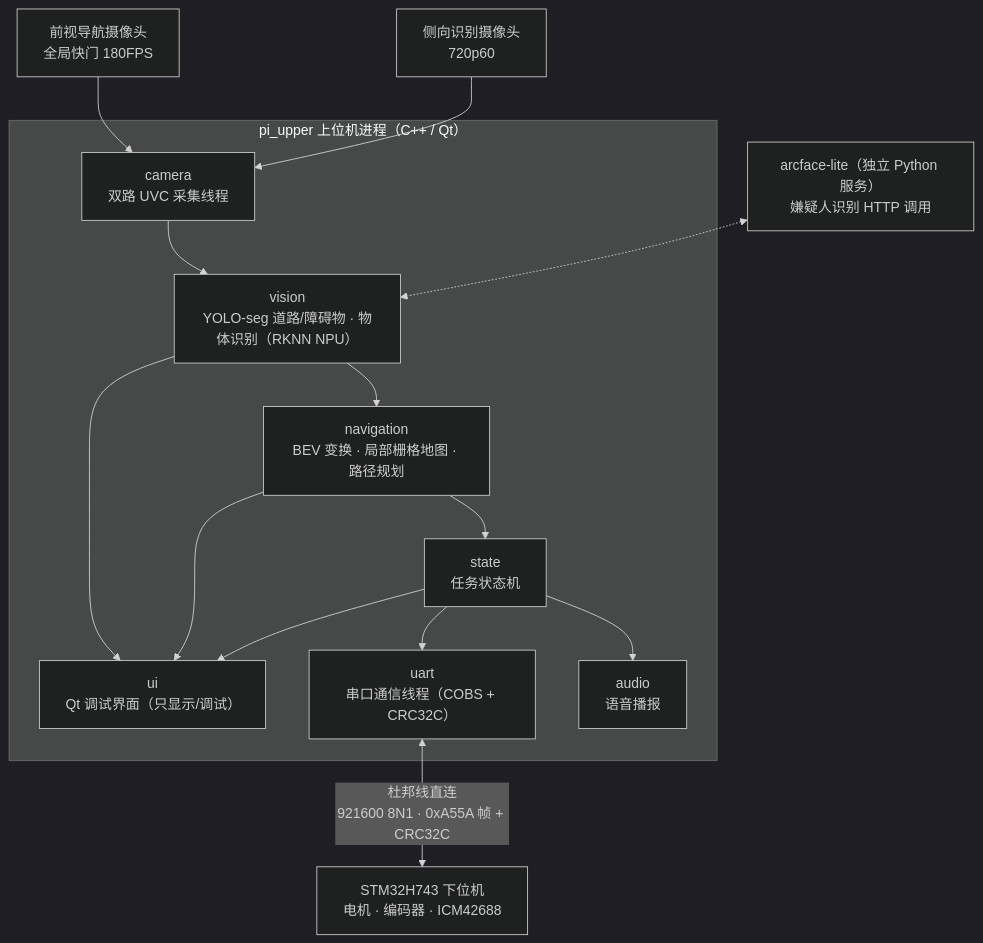
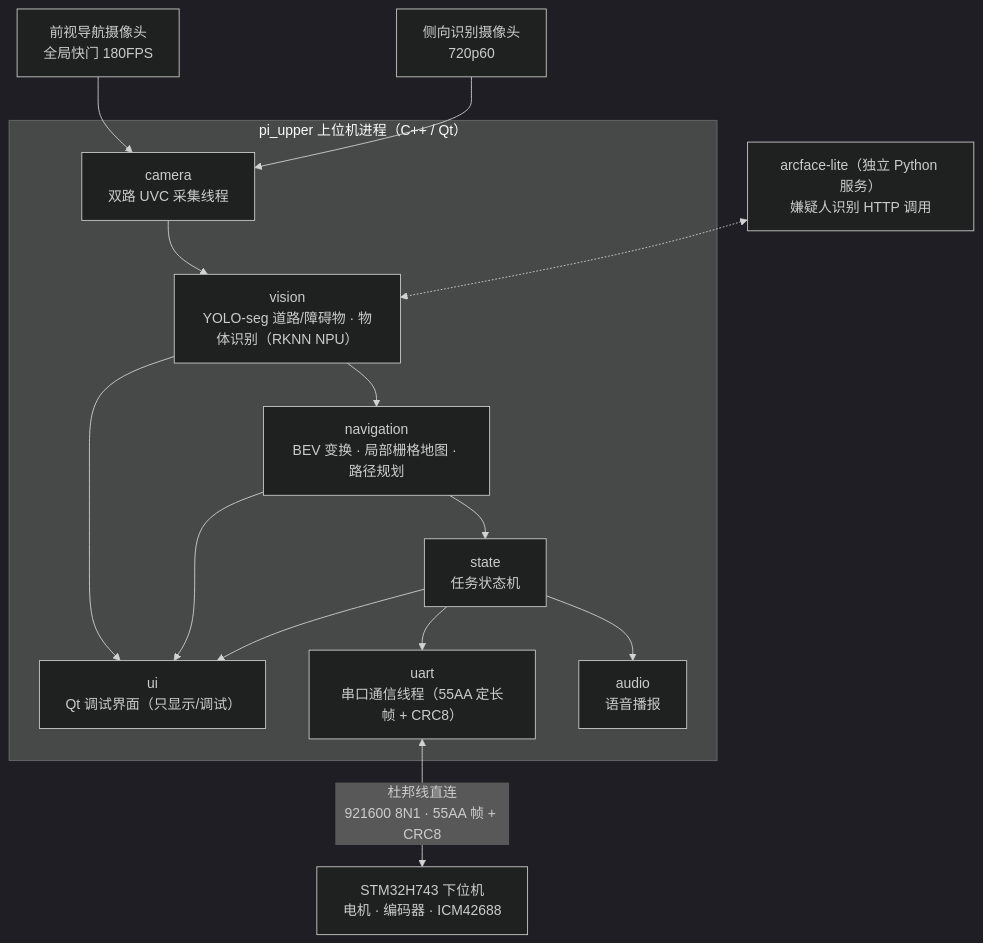
The diagram in docs/architecture/overview.md (Louis-24000614/pi_upper), drawn with Mermaid (dark theme) before and after one commit. The commit also changed other lines of this file and 27 other files, not shown here.

````diff
--- a/docs/architecture/overview.md
+++ b/docs/architecture/overview.md
@@ -23,24 +23,24 @@
 ```mermaid
 flowchart TB
   subgraph app["pi_upper 上位机进程（C++ / Qt）"]
     ui["ui<br/>Qt 调试界面（只显示/调试）"]
     cam["camera<br/>双路 UVC 采集线程"]
     vis["vision<br/>YOLO-seg 道路/障碍物 · 物体识别（RKNN NPU）"]
     nav["navigation<br/>BEV 变换 · 局部栅格地图 · 路径规划"]
     st["state<br/>任务状态机"]
-    uart["uart<br/>串口通信线程（COBS + CRC32C）"]
+    uart["uart<br/>串口通信线程（55AA 定长帧 + CRC8）"]
     audio["audio<br/>语音播报"]
   end
 
   camfront["前视导航摄像头<br/>全局快门 180FPS"] --> cam
   camside["侧向识别摄像头<br/>720p60"] --> cam
   cam --> vis --> nav
   face["arcface-lite（独立 Python 服务）<br/>嫌疑人识别 HTTP 调用"] <-.-> vis
   nav --> st
   st --> uart
   st --> audio
   vis --> ui
   nav --> ui
   st --> ui
-  uart <-- "杜邦线直连<br/>921600 8N1 · 0xA55A 帧 + CRC32C" --> mcu["STM32H743 下位机<br/>电机 · 编码器 · ICM42688"]
+  uart <-- "杜邦线直连<br/>921600 8N1 · 55AA 帧 + CRC8" --> mcu["STM32H743 下位机<br/>电机 · 编码器 · ICM42688"]
 ```
````
